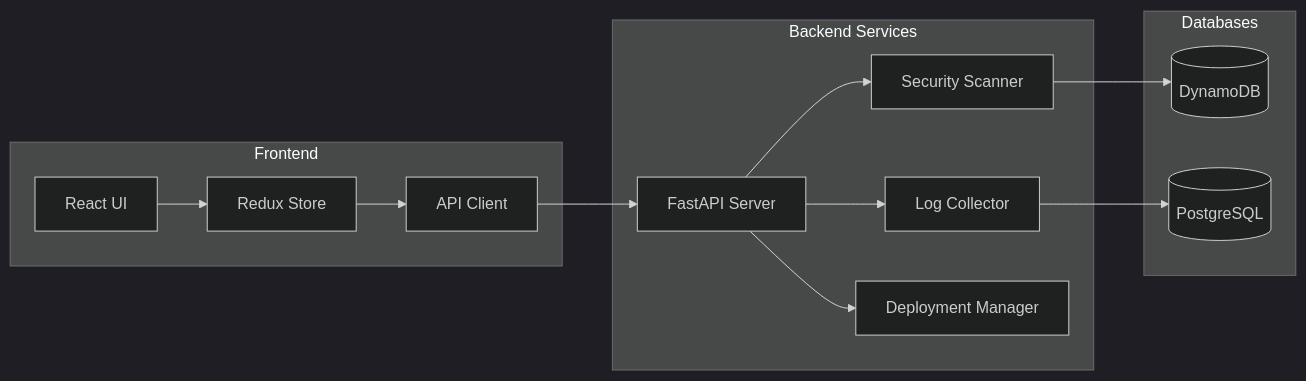
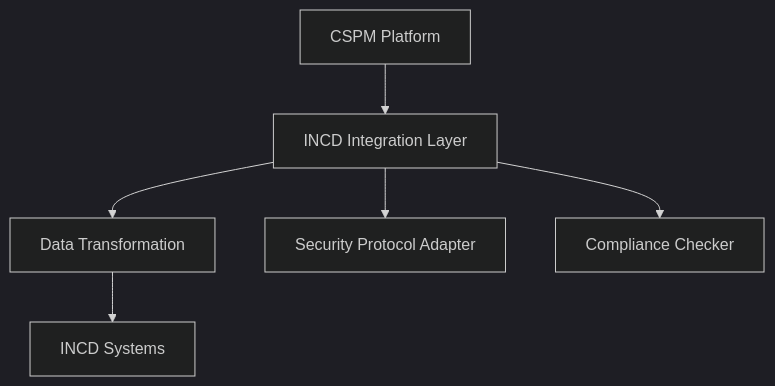
One commit to ShayArgaman/Detailed-Design changed the second of 2 diagrams in Detailed-Design.md. Above: the diagram before and after it, drawn with Mermaid (dark theme). The commit also changed other lines of this file, not shown here.

````diff
--- a/Detailed-Design.md
+++ b/Detailed-Design.md
@@ -25,22 +220,8 @@
 ```mermaid
-graph LR
-    subgraph Frontend
-        A[React UI] --> B[Redux Store]
-        B --> C[API Client]
-    end
-    
-    subgraph Backend Services
-        D[FastAPI Server] --> E[Security Scanner]
-        D --> F[Log Collector]
-        D --> G[Deployment Manager]
-    end
-    
-    subgraph Databases
-        H[(DynamoDB)]
-        I[(PostgreSQL)]
-    end
-    
-    C --> D
-    E --> H
-    F --> I
+graph TD
+    A[CSPM Platform] --> B[INCD Integration Layer]
+    B --> C[Data Transformation]
+    B --> D[Security Protocol Adapter]
+    B --> E[Compliance Checker]
+    C --> F[INCD Systems]
 ```
````
